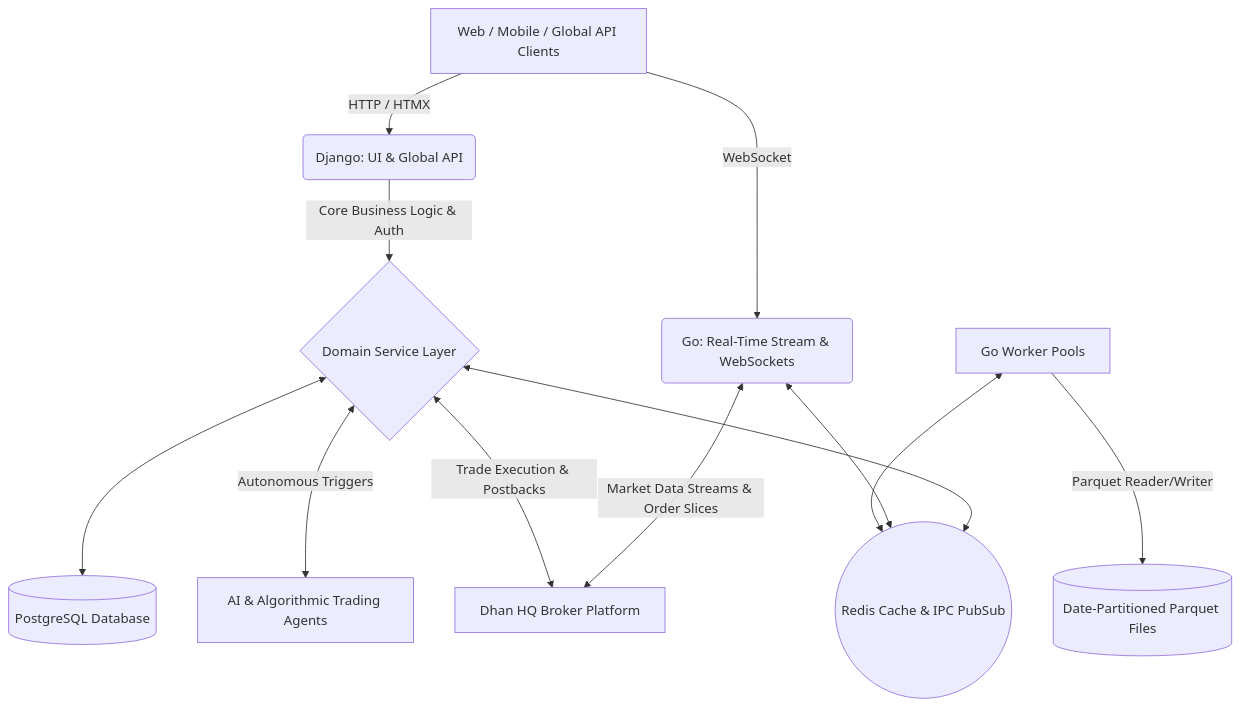
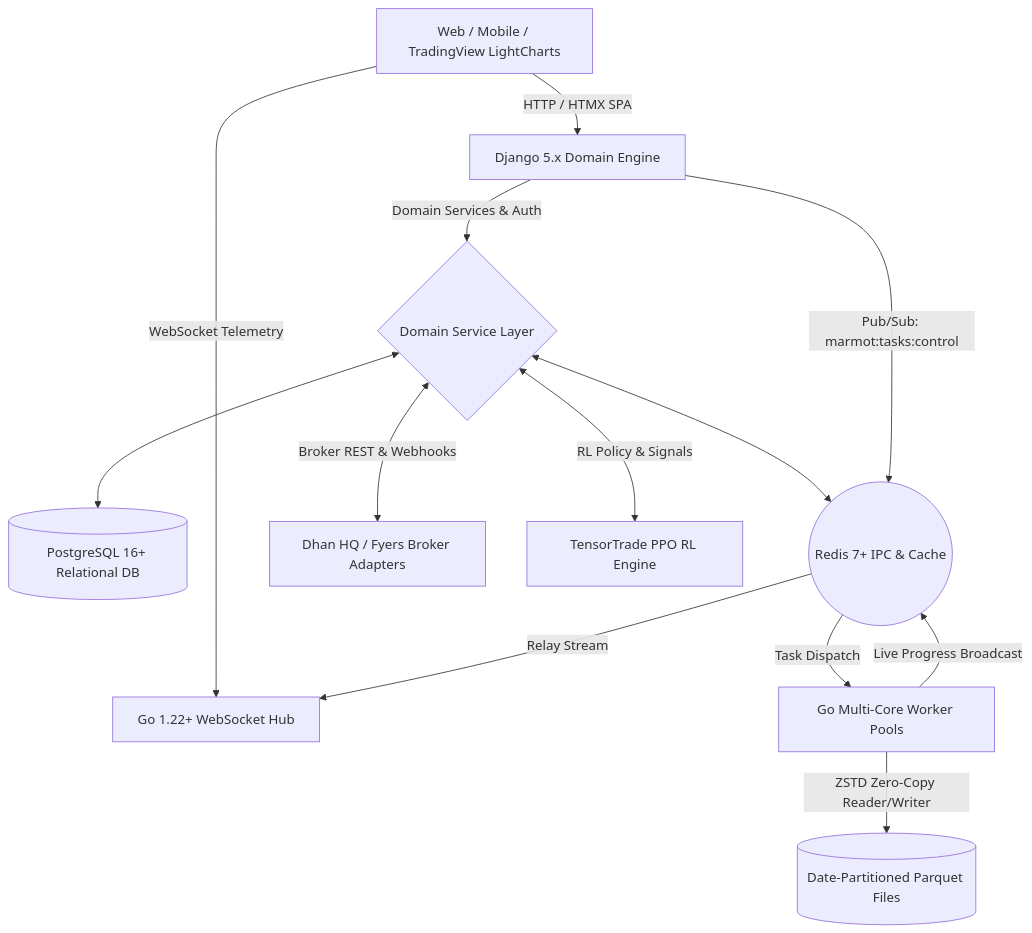
One commit to appzfx13/marmot changed the first of 2 diagrams in README.md. Above: the diagram before and after it, drawn with Mermaid. The commit also changed other lines of this file and 11 other files, not shown here.

````diff
--- a/README.md
+++ b/README.md
@@ -19,18 +28,19 @@
 ```mermaid
 graph TD
-    Client[Web / Mobile / Global API Clients] -->|HTTP / HTMX| Django(Django: UI & Global API)
-    Client -->|WebSocket| GoApp(Go: Real-Time Stream & WebSockets)
+    Client[Web / Mobile / TradingView LightCharts] -->|HTTP / HTMX SPA| Django[Django 5.x Domain Engine]
+    Client -->|WebSocket Telemetry| GoApp[Go 1.22+ WebSocket Hub]
     
-    Django -->|Core Business Logic & Auth| Services{Domain Service Layer}
-    Services <--> PSQL[(PostgreSQL Database)]
-    Services <--> Redis((Redis Cache & IPC PubSub))
+    Django -->|Domain Services & Auth| CoreLogic{Domain Service Layer}
+    CoreLogic <--> PSQL[(PostgreSQL 16+ Relational DB)]
+    CoreLogic <--> Redis((Redis 7+ IPC & Cache))
     
-    GoApp <--> Redis
-    GoApp <-->|Market Data Streams & Order Slices| DhanHQ[Dhan HQ Broker Platform]
+    Django -->|Pub/Sub: marmot:tasks:control| Redis
+    Redis -->|Task Dispatch| GoWorkers[Go Multi-Core Worker Pools]
     
-    GoWorkers[Go Worker Pools] -->|Parquet Reader/Writer| Datasets[(Date-Partitioned Parquet Files)]
-    GoWorkers <--> Redis
+    GoWorkers -->|ZSTD Zero-Copy Reader/Writer| Datasets[(Date-Partitioned Parquet Files)]
+    GoWorkers -->|Live Progress Broadcast| Redis
+    Redis -->|Relay Stream| GoApp
     
-    Services <-->|Trade Execution & Postbacks| DhanHQ
-    Services <-->|Autonomous Triggers| Agents[AI & Algorithmic Trading Agents]
+    CoreLogic <-->|Broker REST & Webhooks| DhanHQ[Dhan HQ / Fyers Broker Adapters]
+    CoreLogic <-->|RL Policy & Signals| RLEngine[TensorTrade PPO RL Engine]
 ```
````
